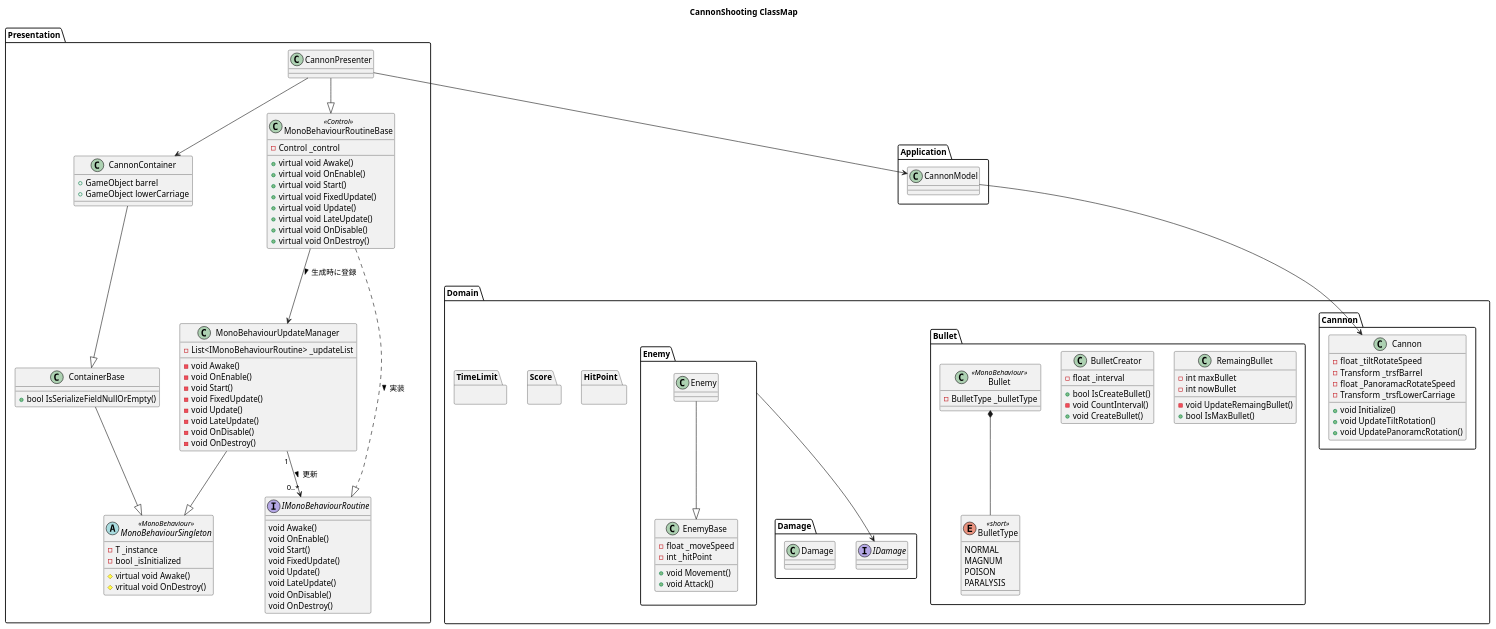
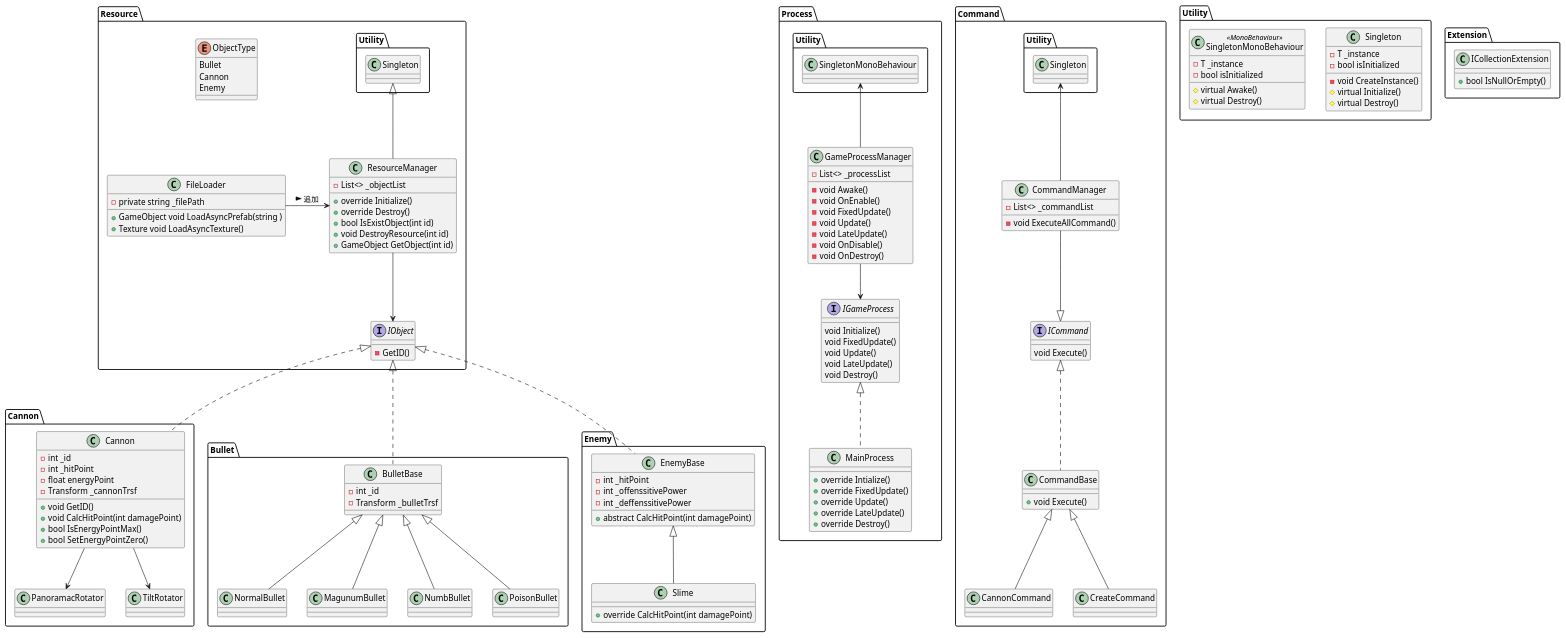
Before and after one commit to 96LENS/CanonnShooting: the diagram in StructureDiagram/ClassDiagram.pu, drawn with PlantUML.

Commit message:
クラス図更新

```diff
--- a/StructureDiagram/ClassDiagram.pu
+++ b/StructureDiagram/ClassDiagram.pu
@@ -1,207 +1,204 @@
 @startuml CannonShooting
-title CannonShooting ClassMap
 
-/'
-オブジェクト指向のポイント
-ドメイン(業務の関心事)のデータとロジックを一緒にしてオブジェクト単位でまとめる技法
-手続き型はトップダウン、オブジェクト指向はパーツを作って関係を構築していくボトムアップ
+'プレイヤー
 
-1登場人物の整理 (業務の関心事を洗い出す)
-ヒト(業務活動の当事者)：プレイヤー・敵
-モノ(人が業務を遂行するときの関心の対象)：大砲・大砲の弾・エネミー、制限時間・スコア・HP
-コト(事象)：大砲とエネミーの衝突、大砲の弾とエネミーの衝突
-
-2各々の関心事を説明する
-'/
-
-'大砲のロジックをどのようにMonoBehaviourのメインルーチンに繋げるか (MonoBehaviourが何らかの形で知っている必要がある)
-'Animationファイルの管理・再生制御をどのように行うか
-'BarrelとLowerCarriageのドメインロジックがどのようにTransfromを知っているようにするか
-
-/'=====================================================
-Domain層 (今回はロジックもここにまとめる)
-======================================================='/
-Package Domain{
-    Package Cannnon{
-
-        '大砲の砲身 (垂直回転の制御)
-        '大砲の礎台(水平方向の回転を制御)
-        class Cannon{
-            - float _tiltRotateSpeed
-            - Transform _trsfBarrel
-            - float _PanoramacRotateSpeed
-            - Transform _trsfLowerCarriage
-            + void Initialize()
-            + void UpdateTiltRotation()
-            + void UpdatePanoramcRotation()
-        }
-    }
-
-    Package Bullet{
-        '弾の属性のEnumeration
-        enum BulletType<<short>>{
-            NORMAL
-            MAGNUM
-            POISON
-            PARALYSIS
-        }
-
-        'Q. 残段数の管理
-        class RemaingBullet{
-            - int maxBullet
-            - int nowBullet
-            - void UpdateRemaingBullet()
-            + bool IsMaxBullet()
-        }
-        
-
-        class BulletCreator{
-            - float _interval
-            + bool IsCreateBullet()
-            - void CountInterval()
-            + void CreateBullet()
-        }
-
-        class Bullet <<MonoBehaviour>>{
-            - BulletType _bulletType
-        }
-        Bullet *-- BulletType
-
-    }
-
-    Package Enemy{
-
-        class EnemyBase
-        {
-            - float _moveSpeed
-            - int _hitPoint
-            + void Movement()
-            + void Attack()
-        }
-
-        class Enemy{
-
-        }
-        Enemy --|> EnemyBase
-    }
-
-    Package Damage{
-
-        Interface IDamage{
-            
-        }
-
-        class Damage
-
-    }
-    Enemy --> IDamage
-
-    Package HitPoint{
-
-    }
-
-    Package Score{
-
-    }
-
-    Package TimeLimit{
-
-    }
-}
-
-/'=====================================================
-Application層 (Domain層の組み立て) Unityの繋ぎこみも担当
-======================================================='/
-Package Application{
-
-    'キャノンのロジックモデル組み立て(ロジック自体はDomain層で記載する)
-    class CannonModel{
-
-    }
-}
-
-/'=====================================================
-Presentation層 UIなど主にユーザーが見えるところ (MonoBehaviour継承クラスはここだけ)
-======================================================='/
-
-Package Presentation{
-
-    'MonoBehaviourのライフサイクルを模したインターフェース
-    'Application層での繋ぎこみはこのインターフェースの実装クラスとして記載する
-    Interface IMonoBehaviourRoutine{
-        void Awake()
-        void OnEnable()
-        void Start()
-        void FixedUpdate()
-        void Update() 
-        void LateUpdate()
-        void OnDisable()
-        void OnDestroy()
-    }
-
-    'IMonoBehaviourの処理をUnity上のメインルーチンとして呼び出すためのクラス
-    class MonoBehaviourUpdateManager{
-        - List<IMonoBehaviourRoutine> _updateList
+namespace Process{
+    'ゲームの進行管理
+    class GameProcessManager{
+        - List<> _processList
         - void Awake()
         - void OnEnable()
-        - void Start()
         - void FixedUpdate()
         - void Update()
         - void LateUpdate()
         - void OnDisable()
         - void OnDestroy()
     }
-    MonoBehaviourUpdateManager "1"--> "0..*" IMonoBehaviourRoutine : 更新 >
-    MonoBehaviourUpdateManager --|> MonoBehaviourSingleton
+    GameProcessManager -up-> Utility.SingletonMonoBehaviour
+    GameProcessManager --> IGameProcess
 
-    'MonoBehaviourクラス上でシングルトンを保証するクラス
-    abstract MonoBehaviourSingleton<<MonoBehaviour>>{
-        - T _instance
-        - bool _isInitialized
-        # virtual void Awake()
-        # vritual void OnDestroy()
+    'ゲーム進行管理を行う管理対象
+    interface IGameProcess{
+        void Initialize()
+        void FixedUpdate()
+        void Update()
+        void LateUpdate()
+        void Destroy()
     }
 
-    'GameObjectに貼り付けるコンポーネントの基礎クラス
-    class ContainerBase{
-        + bool IsSerializeFieldNullOrEmpty()     
+    'インゲームのプロセス
+    class MainProcess{
+        + override Intialize()
+        + override FixedUpdate()
+        + override Update()
+        + override LateUpdate()
+        + override Destroy()
     }
-    ContainerBase --|> MonoBehaviourSingleton
+    MainProcess .up.|> IGameProcess
+}
 
-    class CannonContainer{
-        + GameObject barrel
-        + GameObject lowerCarriage
+namespace Command{
+
+    'コマンド管理クラス
+    class CommandManager{
+        - List<> _commandList
+        - void ExecuteAllCommand()
     }
-    CannonContainer --|> ContainerBase
+    CommandManager -up-> Utility.Singleton
+    CommandManager -down-|> ICommand
 
-    'ルーチンの基礎クラス、
-    class MonoBehaviourRoutineBase<<Control>>{
-        - Control _control
-        + virtual void Awake()
-        + virtual void OnEnable()
-        + virtual void Start()
-        + virtual void FixedUpdate()
-        + virtual void Update() 
-        + virtual void LateUpdate()
-        + virtual void OnDisable()
-        + virtual void OnDestroy()
+    'コマンド管理単位
+    Interface ICommand{
+        void Execute()
+    }
+
+    'コマンド基礎クラス
+    class CommandBase{
+        + void Execute()
+    }
+    CommandBase .up.|> ICommand
+
+    class CannonCommand{
+    }
+    CannonCommand -up-|> CommandBase
+
+    class CreateCommand{
+    }
+    CreateCommand -up-|> CommandBase
+}
+
+namespace Resource{
+
+    'プロジェクト内のすべてのリソースを管理担当
+    class ResourceManager{
+        - List<> _objectList
+        + override Initialize()
+        + override Destroy()
+        + bool IsExistObject(int id)
+        + void DestroyResource(int id)
+        + GameObject GetObject(int id)
+    }
+    ResourceManager -up-|> Utility.Singleton
+    ResourceManager --> IObject
+
+    'プロジェクト内のリソース管理単位
+    'すべてのオブジェクトのIDを保証
+    Interface IObject{
+        - GetID()
+    }
+
+    'リソースの読み込み管理クラス
+    class FileLoader{
+        - private string _filePath
+        + GameObject void LoadAsyncPrefab(string )
+        + Texture void LoadAsyncTexture()
+    }
+    FileLoader -right-> ResourceManager : 追加 >
+    
+    enum ObjectType{
+        Bullet
+        Cannon
+        Enemy
+    }
+}
+
+namespace Cannon{
+        'キャノン
+    class Cannon{
+        - int _id
+        - int _hitPoint
+        - float energyPoint
+        - Transform _cannonTrsf
+        + void GetID()
+        + void CalcHitPoint(int damagePoint)
+        + bool IsEnergyPointMax()
+        + bool SetEnergyPointZero()
+    }
+    Cannon .up.|> Resource.IObject
+
+    class PanoramacRotator{
+    }
+    Cannon --> PanoramacRotator
+    Cannon --> TiltRotator
+
+    class TiltRotator{
+    }
+}
+
+namespace Bullet{
+
+    '弾の基礎クラス
+    class BulletBase{
+        - int _id
+        - Transform _bulletTrsf
+    }
+    BulletBase .up.|> Resource.IObject
+
+    '通常弾定義クラス
+    class NormalBullet{
+    }
+    NormalBullet -up-|> BulletBase
+
+    'マグナム弾定義クラス
+    class MagunumBullet{
+    }
+    MagunumBullet -up-|> BulletBase
+
+    '痺れ弾定義クラス
+    class NumbBullet{
+    }
+    NumbBullet -up-|> BulletBase
+
+    '毒弾定義クラス
+    class PoisonBullet{
+    }
+    PoisonBullet -up-|> BulletBase
+}
+
+namespace Enemy{
+
+    class EnemyBase{
+        - int _hitPoint
+        - int _offenssitivePower
+        - int _deffenssitivePower
+        + abstract CalcHitPoint(int damagePoint)
+    }
+    EnemyBase .up.|> Resource.IObject
+
+    'ToDo 敵の定義はUnityのアセットを見ながら決める 
+    class Slime{
+        + override CalcHitPoint(int damagePoint)
+    }
+    Slime -up-|> EnemyBase
+}
 
 
+namespace Utility{
+    '単一性を保証するためのクラス
+    class Singleton{
+        - T _instance
+        - bool isInitialized
+        - void CreateInstance()
+        # virtual Initialize()
+        # virtual Destroy()
     }
-    MonoBehaviourRoutineBase ..|> IMonoBehaviourRoutine : 実装 > 
-    MonoBehaviourRoutineBase --> MonoBehaviourUpdateManager : 生成時に登録 > 
 
-    'キャノンの関係のUIと手続きの紐づけ
-    class CannonPresenter{
-
+    '単一性を保証するためのクラス
+    class SingletonMonoBehaviour<<MonoBehaviour>>{
+        - T _instance
+        - bool isInitialized
+        # virtual Awake()
+        # virtual Destroy()
     }
-    CannonPresenter --|> MonoBehaviourRoutineBase
-    CannonPresenter --> CannonContainer
 }
 
-CannonPresenter --> CannonModel
+namespace Extension{
+    'コレクションにNullか要素数0の判定クラスがないので定義
+    class ICollectionExtension{
+        + bool IsNullOrEmpty()
+    }
+}
 
-CannonModel --> Cannon
 
-'Q.GameObjectの生成はオブジェクト単位でまとめたほうがいいのではないか？
+
 @enduml
```
